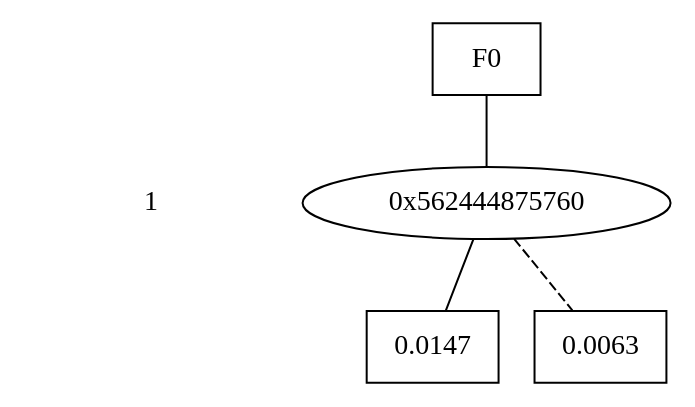
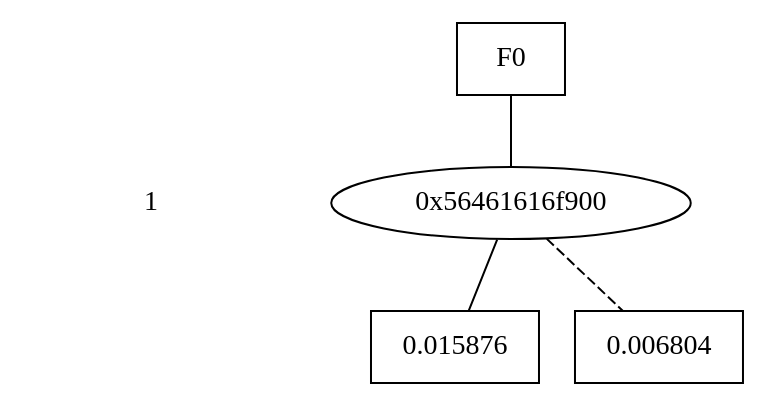
One commit to AAU-Dat/CuPAAL changed the diagram in step_results/alpha_temp_1_4.dot. Above: the diagram before and after it, drawn with Graphviz. The commit also changed 38 other files, not shown here.

```diff
--- a/step_results/alpha_temp_1_4.dot
+++ b/step_results/alpha_temp_1_4.dot
@@ -1,25 +1,25 @@
 digraph "DD" {
 size = "7.5,10"
 center = true;
 edge [dir = none];
 { node [shape = plaintext];
   edge [style = invis];
   "CONST NODES" [style = invis];
 " 1 " -> "CONST NODES"; 
 }
 { rank = same; node [shape = box]; edge [style = invis];
 "F0"; }
 { rank = same; " 1 ";
-"0x562444875760";
+"0x56461616f900";
 }
 { rank = same; "CONST NODES";
-{ node [shape = box]; "0x562444875720";
-"0x562444875740";
+{ node [shape = box]; "0x56461616f8c0";
+"0x56461616f8e0";
 }
 }
-"F0" -> "0x562444875760" [style = solid];
-"0x562444875760" -> "0x562444875720";
-"0x562444875760" -> "0x562444875740" [style = dashed];
-"0x562444875720" [label = "0.0147"];
-"0x562444875740" [label = "0.0063"];
+"F0" -> "0x56461616f900" [style = solid];
+"0x56461616f900" -> "0x56461616f8c0";
+"0x56461616f900" -> "0x56461616f8e0" [style = dashed];
+"0x56461616f8c0" [label = "0.015876"];
+"0x56461616f8e0" [label = "0.006804"];
 }
```
